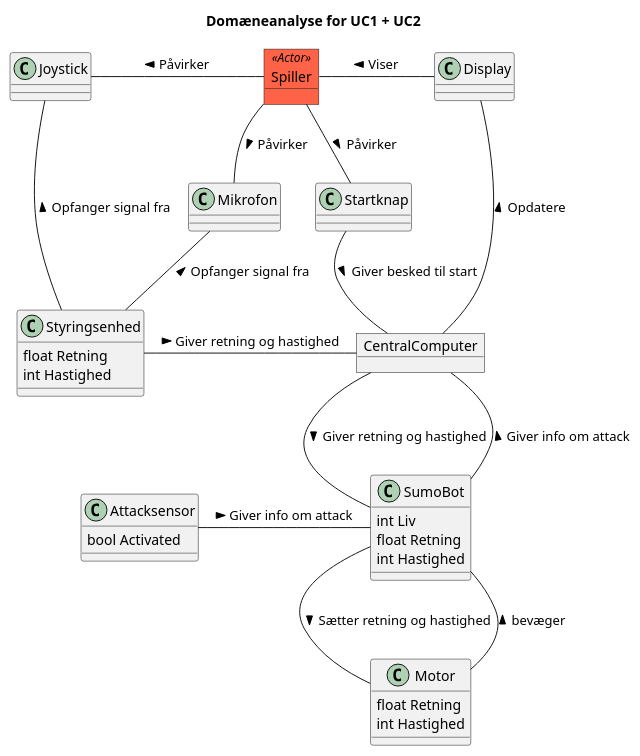
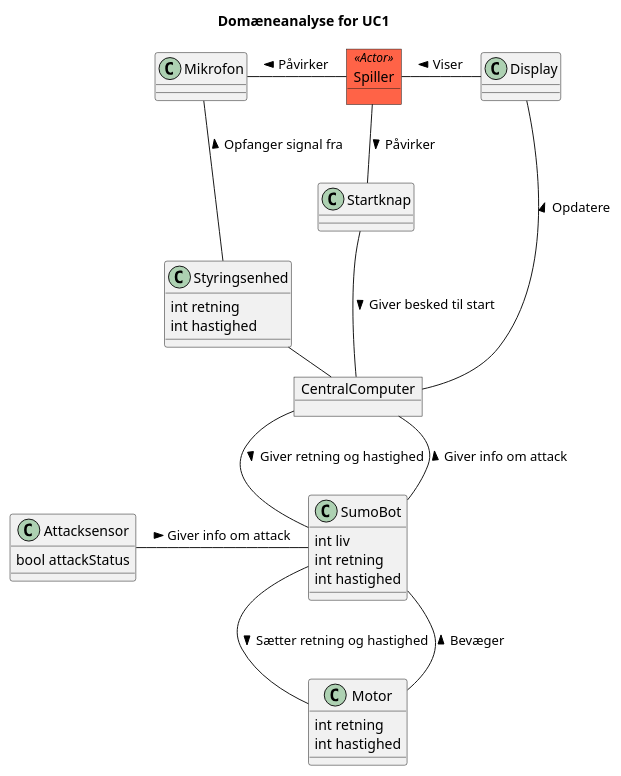
Before and after one commit to Solvgraa-mager/E3PRJ3: the diagram in Diagrammer/Robo_Sumo_Battle/Domænemodel/Domaenemodel.plantuml, drawn with PlantUML. The commit also changed 6 other files, not shown here.

```diff
--- a/Diagrammer/Robo_Sumo_Battle/Domænemodel/Domaenemodel.plantuml
+++ b/Diagrammer/Robo_Sumo_Battle/Domænemodel/Domaenemodel.plantuml
@@ -1,56 +1,51 @@
 @startuml
-title Domæneanalyse for UC1 + UC2
+title Domæneanalyse for UC1
 
 
-class Joystick
 class Mikrofon
 class Startknap
 
 class Attacksensor{ 
-bool Activated
+bool attackStatus
 }
 
 object Spiller <<Actor>> #Tomato
 
 class SumoBot {
-int Liv
-float Retning
-int Hastighed
+int liv
+int retning
+int hastighed
 }
 
 class Motor
 {
-float Retning
-int Hastighed
+int retning
+int hastighed
 }
 
 object CentralComputer
-'class Display{
-'Nedtælling(int tid)
-'}
+
 class Styringsenhed{
-float Retning
-int Hastighed
+int retning
+int hastighed
 }
 
-Spiller -- Mikrofon  : Påvirker >
-Joystick - Spiller   : Påvirker <
+Mikrofon - Spiller : Påvirker <
 Spiller -- Startknap : Påvirker >
 Spiller - Display : Viser <
 
 
-Joystick  ---  Styringsenhed  : Opfanger signal fra <
 Mikrofon  --  Styringsenhed : Opfanger signal fra <
 Display  ---  CentralComputer : Opdatere <
 Startknap -- CentralComputer : Giver besked til start >
 
 Styringsenhed - CentralComputer : Giver retning og hastighed >
 
 Attacksensor  -  SumoBot : Giver info om attack >
 CentralComputer -- SumoBot : Giver retning og hastighed >
 CentralComputer -- SumoBot : Giver info om attack <
 SumoBot -- Motor : Sætter retning og hastighed >
-SumoBot -- Motor : bevæger <
+SumoBot -- Motor : Bevæger <
 
 
 @enduml
```
